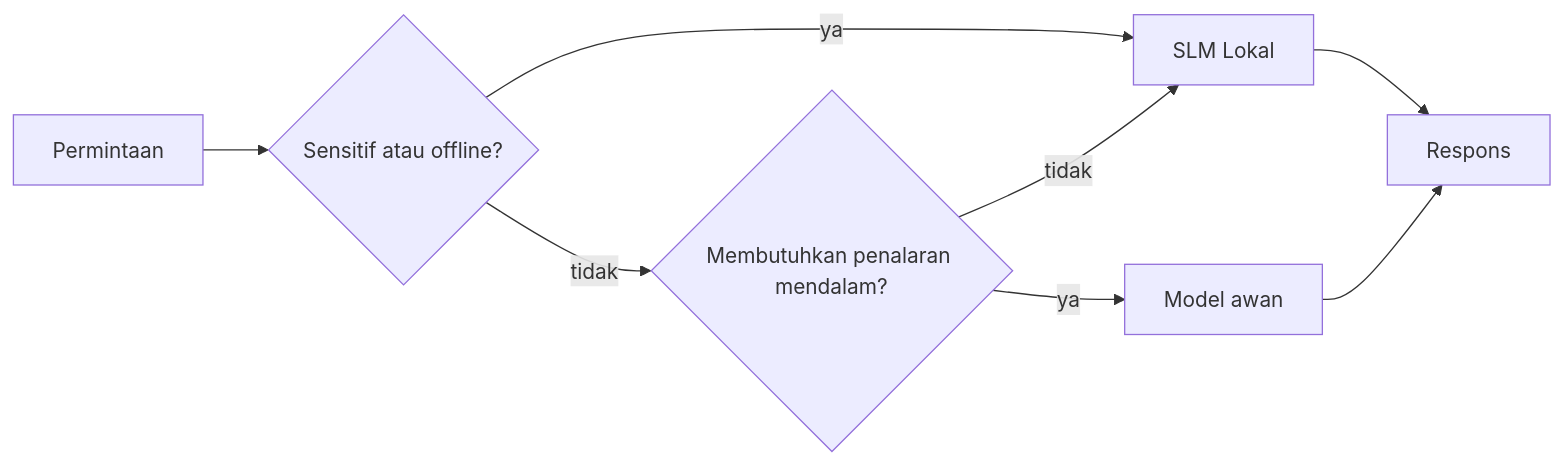
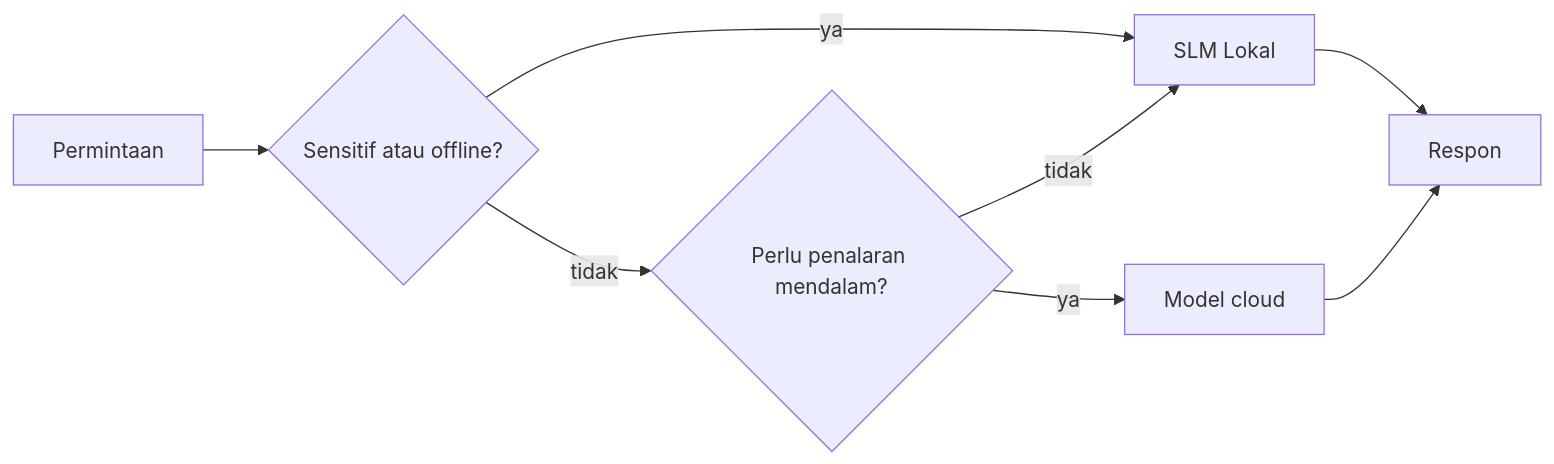
One commit to gabrielmoreira/agent-skills-mirror changed the fourth of 4 diagrams in mirrors/repos/microsoft@ai-agents-for-beginners/translations/id/17-creating-local-ai-agents/README.md. Above: the diagram before and after it, drawn with Mermaid. The commit also changed other lines of this file and 4262 other files, not shown here.

````diff
--- a/mirrors/repos/microsoft@ai-agents-for-beginners/translations/id/17-creating-local-ai-agents/README.md
+++ b/mirrors/repos/microsoft@ai-agents-for-beginners/translations/id/17-creating-local-ai-agents/README.md
@@ -156,10 +156,10 @@
 ```mermaid
 flowchart LR
     Q[Permintaan] --> S{Sensitif atau offline?}
     S -->|ya| L[SLM Lokal]
-    S -->|tidak| C{Membutuhkan penalaran mendalam?}
+    S -->|tidak| C{Perlu penalaran mendalam?}
     C -->|tidak| L
-    C -->|ya| Cloud[Model awan]
-    L --> Out[Respons]
+    C -->|ya| Cloud[Model cloud]
+    L --> Out[Respon]
     Cloud --> Out
 ```
````
